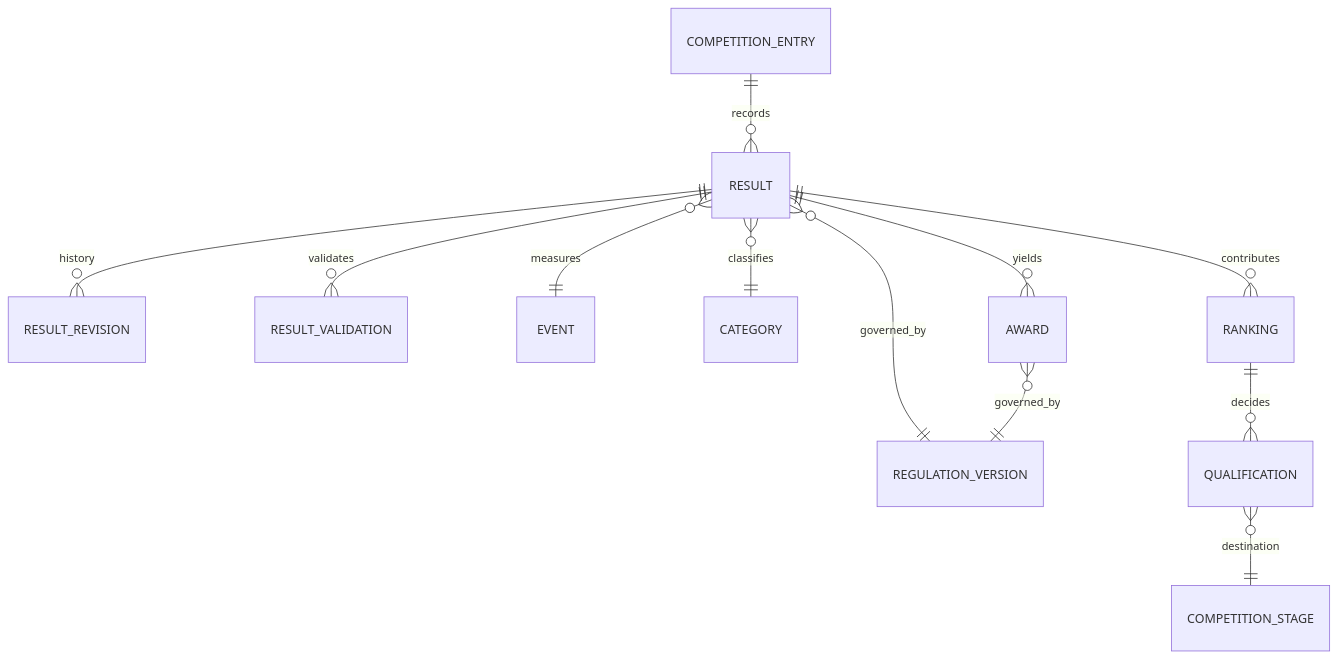
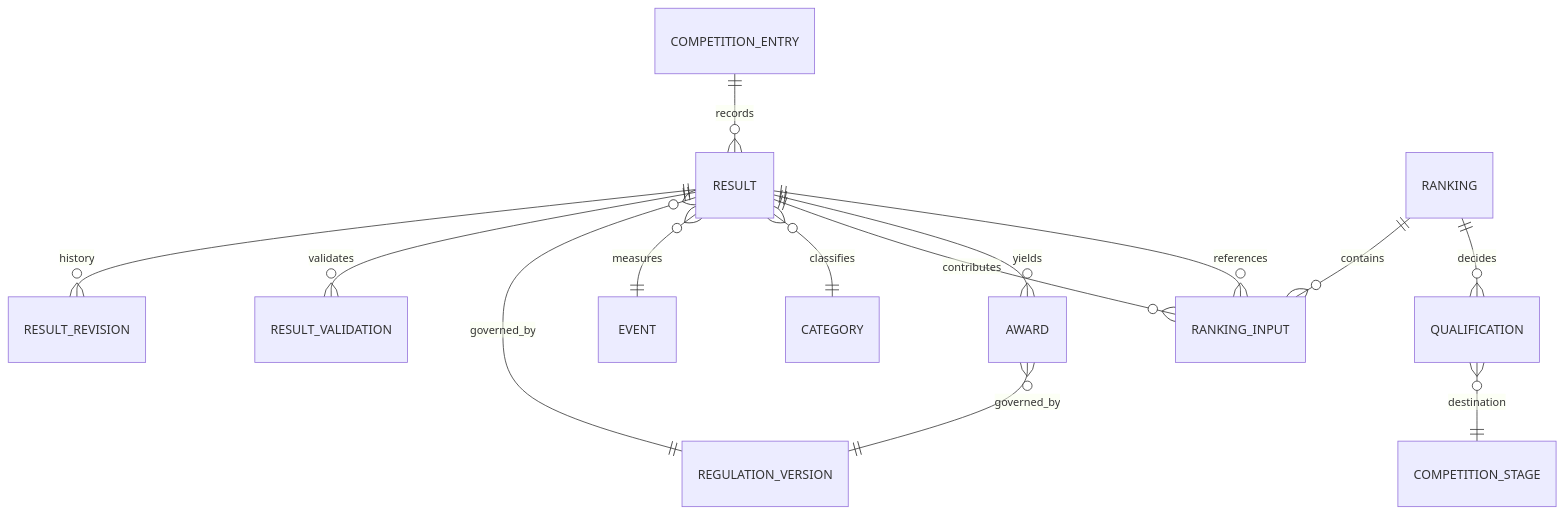
The fourth of 4 diagrams in docs/004_Database/005_Competition_Domain_Logical_Model.md (alandalousservice-bot/NSSMS-public), drawn with Mermaid before and after one commit. The commit also changed other lines of this file, not shown here.

````diff
--- a/docs/004_Database/005_Competition_Domain_Logical_Model.md
+++ b/docs/004_Database/005_Competition_Domain_Logical_Model.md
@@ -198,14 +235,16 @@
 ```mermaid
 erDiagram
   COMPETITION_ENTRY ||--o{ RESULT : records
   RESULT ||--o{ RESULT_REVISION : history
   RESULT ||--o{ RESULT_VALIDATION : validates
   RESULT }o--|| REGULATION_VERSION : governed_by
   RESULT }o--|| EVENT : measures
   RESULT }o--|| CATEGORY : classifies
-  RESULT ||--o{ RANKING : contributes
+  RESULT ||--o{ RANKING_INPUT : contributes
+  RANKING ||--o{ RANKING_INPUT : contains
+  RANKING_INPUT }o--|| RESULT : references
   RANKING ||--o{ QUALIFICATION : decides
   QUALIFICATION }o--|| COMPETITION_STAGE : destination
   RESULT ||--o{ AWARD : yields
   AWARD }o--|| REGULATION_VERSION : governed_by
 ```
````
